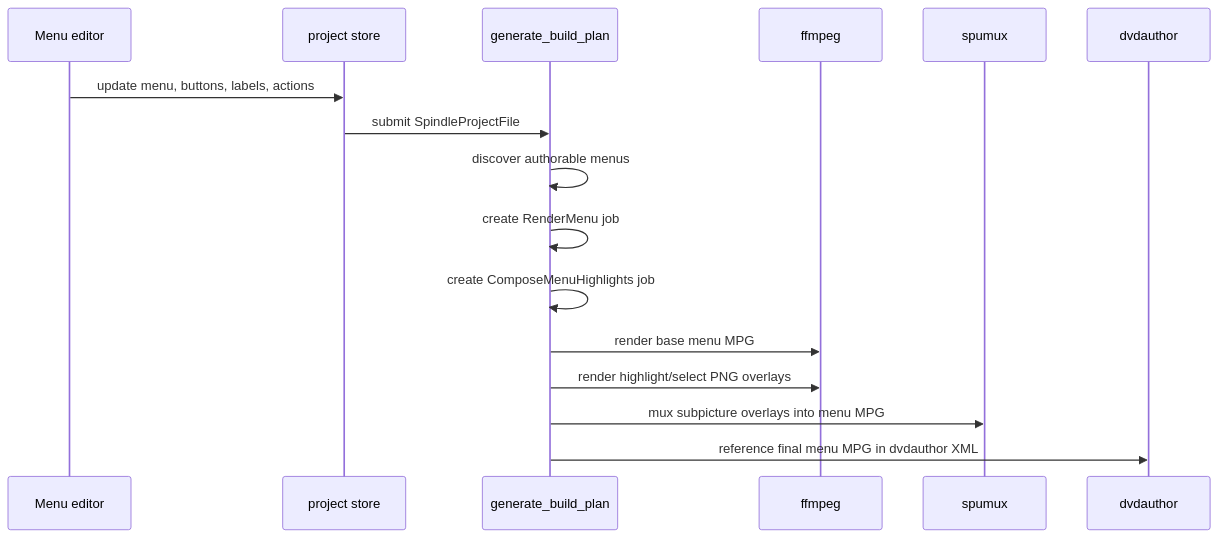
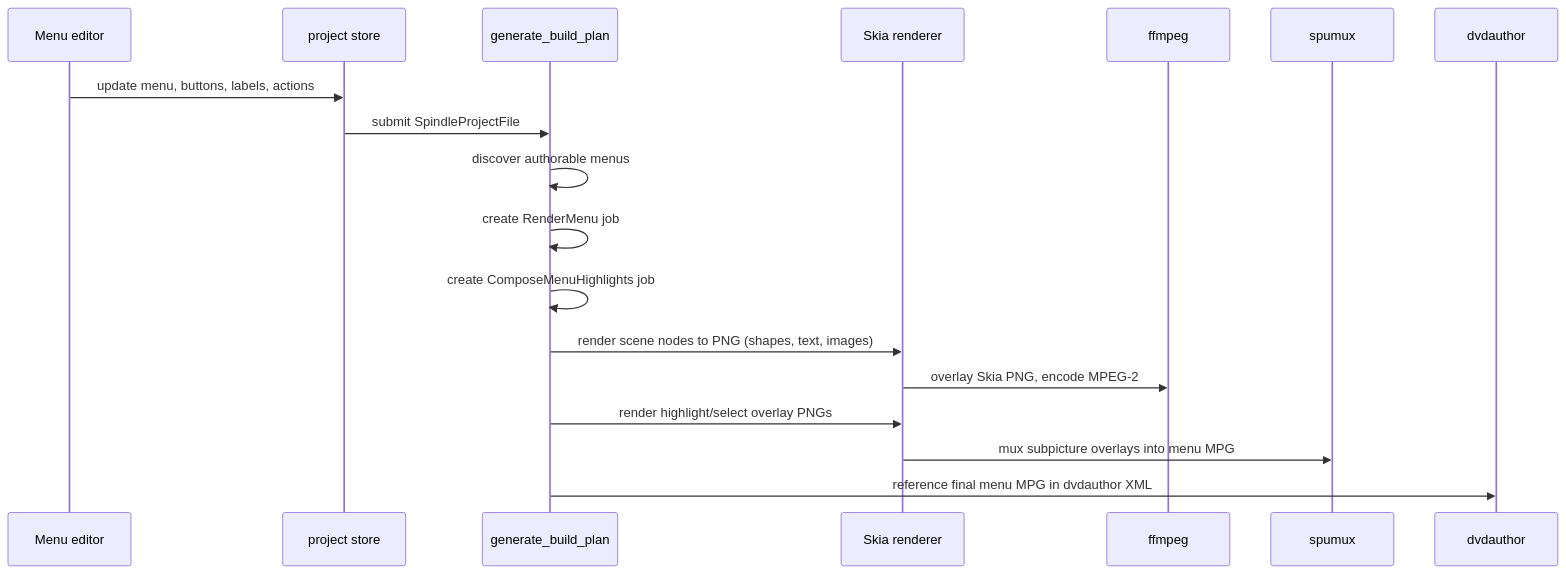
One commit to liminal-hq/spindle changed the fourth of 4 diagrams in docs/menu-builder-and-authoring-pipeline.md. Above: the diagram before and after it, drawn with Mermaid. The commit also changed other lines of this file and 1 other file, not shown here.

First line of the commit message:
docs: update menu authoring pipeline doc for Skia renderer and coordinate model

````diff
--- a/docs/menu-builder-and-authoring-pipeline.md
+++ b/docs/menu-builder-and-authoring-pipeline.md
@@ -249,19 +299,21 @@
 ```mermaid
 sequenceDiagram
     participant UI as Menu editor
     participant Store as project store
     participant Planner as generate_build_plan
+    participant Skia as Skia renderer
     participant FF as ffmpeg
     participant SP as spumux
     participant DA as dvdauthor
 
     UI->>Store: update menu, buttons, labels, actions
     Store->>Planner: submit SpindleProjectFile
     Planner->>Planner: discover authorable menus
     Planner->>Planner: create RenderMenu job
     Planner->>Planner: create ComposeMenuHighlights job
-    Planner->>FF: render base menu MPG
-    Planner->>FF: render highlight/select PNG overlays
-    Planner->>SP: mux subpicture overlays into menu MPG
+    Planner->>Skia: render scene nodes to PNG (shapes, text, images)
+    Skia->>FF: overlay Skia PNG, encode MPEG-2
+    Planner->>Skia: render highlight/select overlay PNGs
+    Skia->>SP: mux subpicture overlays into menu MPG
     Planner->>DA: reference final menu MPG in dvdauthor XML
 ```
````
